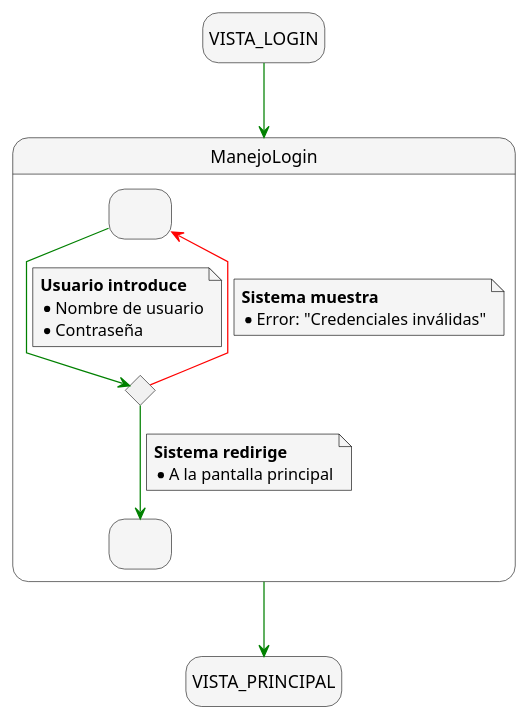
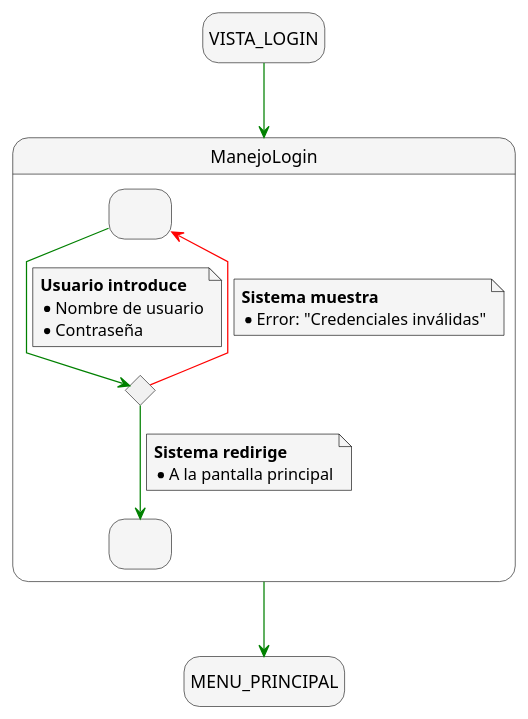
One commit to mmasias/24-25-IdSw1-SDR changed the diagram in docs/casosDeUso/detalladoCasosDeUso/detalladoManejoSesion/detalladoLogin.puml. Above: the diagram before and after it, drawn with PlantUML. The commit also changed 13 other files, not shown here.

Commit message:
FIX/ actualizar estados iniciales y finales en diagramas de casos de uso

```diff
--- a/docs/casosDeUso/detalladoCasosDeUso/detalladoManejoSesion/detalladoLogin.puml
+++ b/docs/casosDeUso/detalladoCasosDeUso/detalladoManejoSesion/detalladoLogin.puml
@@ -1,48 +1,48 @@
 @startuml manejo_sesion_login
 skinparam {
     NoteBackgroundColor #whiteSmoke
     ArrowColor #green
     NoteBorderColor #black
     linetype polyline
 }
 
 skinparam state {
     BackgroundColor #whiteSmoke
 }
 
 hide empty description
 
 state startState as "VISTA_LOGIN"
-state endState as "VISTA_PRINCIPAL"
+state endState as "MENU_PRINCIPAL"
 
 
 startState --> ManejoLogin
 
 state ManejoLogin {
     state IngresoCredenciales as " "
     state ValidarCredenciales <<choice>>
     state InicioSesionCorrecto as " "
 
     IngresoCredenciales --> ValidarCredenciales
     note on link
         <b>Usuario introduce</b>
         * Nombre de usuario
         * Contraseña
     end note
 
     ValidarCredenciales -[#red]-> IngresoCredenciales
     note on link
         <b>Sistema muestra</b>
         * Error: "Credenciales inválidas"
     end note
 
     ValidarCredenciales --> InicioSesionCorrecto
     note on link
         <b>Sistema redirige</b>
         * A la pantalla principal
     end note
 }
 
 ManejoLogin --> endState
 
 @enduml
```
